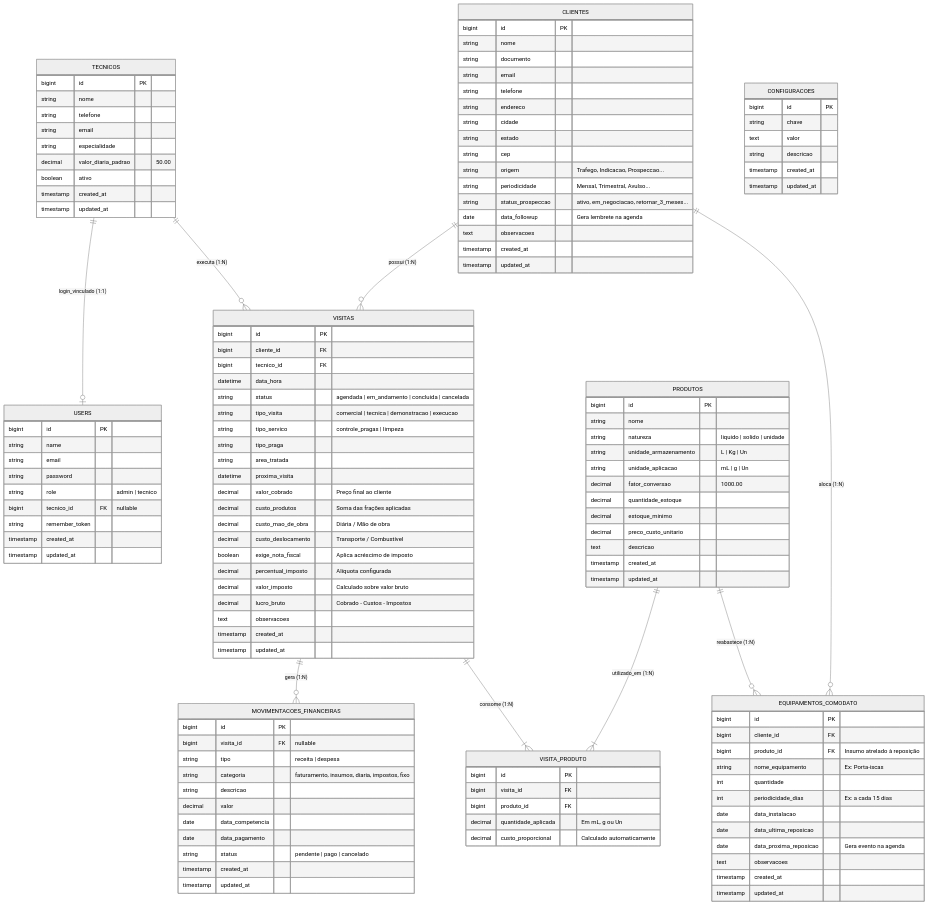
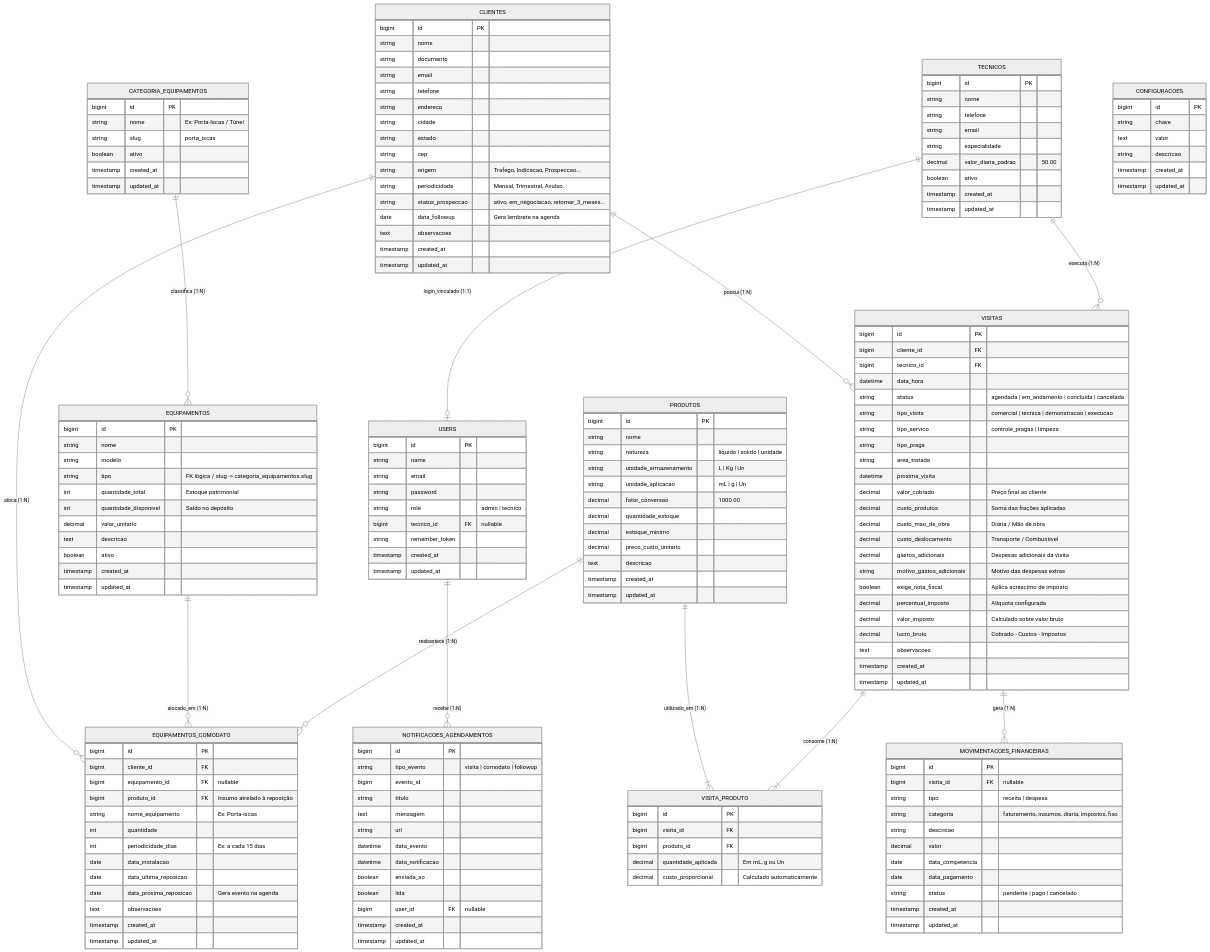
Before and after one commit to mhsilva555/erp-alaris: the first of 5 diagrams in ARCHITECTURE.md, drawn with Mermaid (neutral theme). The commit also changed other lines of this file and 44 other files, not shown here.

````diff
--- a/ARCHITECTURE.md
+++ b/ARCHITECTURE.md
@@ -106,9 +106,33 @@
         timestamp updated_at
     }
 
+    CATEGORIA_EQUIPAMENTOS {
+        bigint id PK
+        string nome "Ex: Porta-Iscas / Túnel"
+        string slug "porta_iscas"
+        boolean ativo
+        timestamp created_at
+        timestamp updated_at
+    }
+
+    EQUIPAMENTOS {
+        bigint id PK
+        string nome
+        string modelo
+        string tipo "FK lógica / slug -> categoria_equipamentos.slug"
+        int quantidade_total "Estoque patrimonial"
+        int quantidade_disponivel "Saldo no depósito"
+        decimal valor_unitario
+        text descricao
+        boolean ativo
+        timestamp created_at
+        timestamp updated_at
+    }
+
     EQUIPAMENTOS_COMODATO {
         bigint id PK
         bigint cliente_id FK
+        bigint equipamento_id FK "nullable"
         bigint produto_id FK "Insumo atrelado à reposição"
         string nome_equipamento "Ex: Porta-iscas"
         int quantidade
@@ -136,6 +160,8 @@
         decimal custo_produtos "Soma das frações aplicadas"
         decimal custo_mao_de_obra "Diária / Mão de obra"
         decimal custo_deslocamento "Transporte / Combustível"
+        decimal gastos_adicionais "Despesas adicionais da visita"
+        string motivo_gastos_adicionais "Motivo das despesas extras"
         boolean exige_nota_fiscal "Aplica acréscimo de imposto"
         decimal percentual_imposto "Alíquota configurada"
         decimal valor_imposto "Calculado sobre valor bruto"
@@ -176,12 +202,31 @@
         timestamp updated_at
     }
 
+    NOTIFICACOES_AGENDAMENTOS {
+        bigint id PK
+        string tipo_evento "visita | comodato | followup"
+        bigint evento_id
+        string titulo
+        text mensagem
+        string url
+        datetime data_evento
+        datetime data_notificacao
+        boolean enviada_so
+        boolean lida
+        bigint user_id FK "nullable"
+        timestamp created_at
+        timestamp updated_at
+    }
+
     CLIENTES ||--o{ VISITAS : "possui (1:N)"
     CLIENTES ||--o{ EQUIPAMENTOS_COMODATO : "aloca (1:N)"
+    CATEGORIA_EQUIPAMENTOS ||--o{ EQUIPAMENTOS : "classifica (1:N)"
+    EQUIPAMENTOS ||--o{ EQUIPAMENTOS_COMODATO : "alocado_em (1:N)"
     TECNICOS ||--o{ VISITAS : "executa (1:N)"
     TECNICOS ||--o| USERS : "login_vinculado (1:1)"
     PRODUTOS ||--o{ EQUIPAMENTOS_COMODATO : "reabastece (1:N)"
     PRODUTOS ||--|{ VISITA_PRODUTO : "utilizado_em (1:N)"
     VISITAS ||--|{ VISITA_PRODUTO : "consome (1:N)"
     VISITAS ||--o{ MOVIMENTACOES_FINANCEIRAS : "gera (1:N)"
+    USERS ||--o{ NOTIFICACOES_AGENDAMENTOS : "recebe (1:N)"
 ```
````
